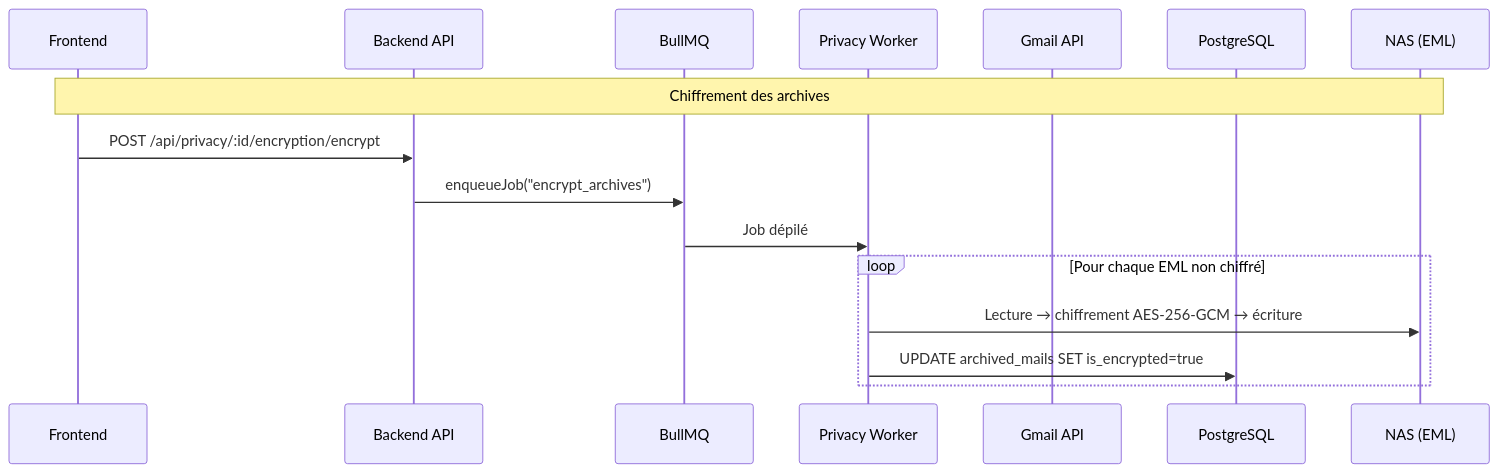
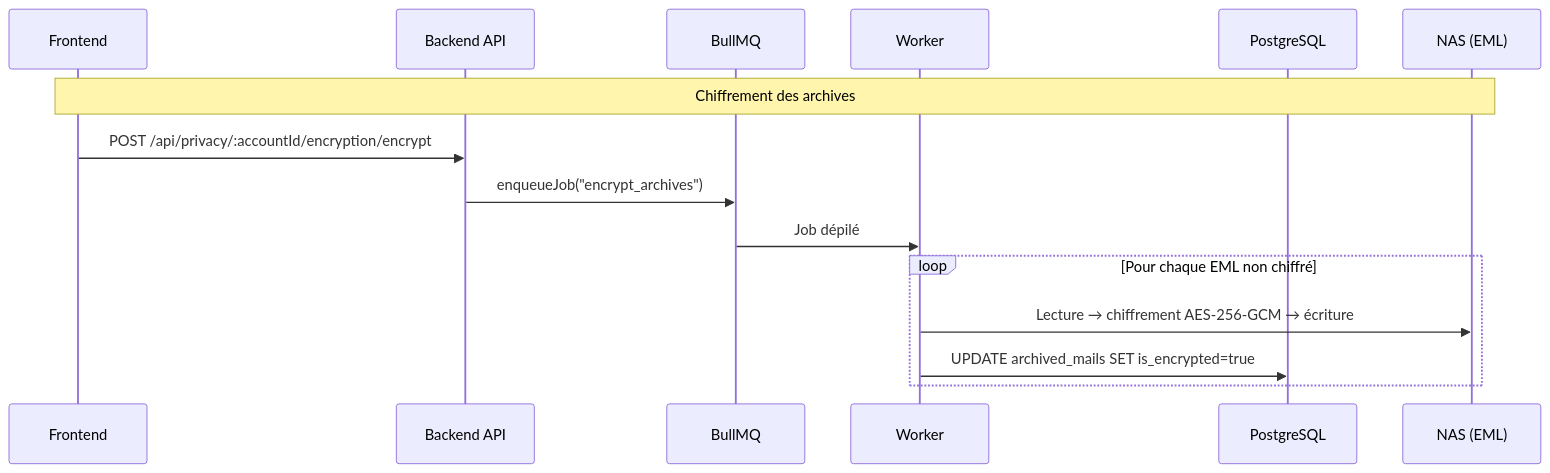
One commit to Le-Nid/nid changed the fourth of 4 diagrams in docs/fr/technical/overview.md. Above: the diagram before and after it, drawn with Mermaid. The commit also changed other lines of this file and 13 other files, not shown here.

First line of the commit message:
docs(technical): align architecture pages with the current code

````diff
--- a/docs/fr/technical/overview.md
+++ b/docs/fr/technical/overview.md
@@ -96,19 +103,18 @@
 ```mermaid
 sequenceDiagram
     participant UI as Frontend
     participant API as Backend API
     participant Queue as BullMQ
-    participant Worker as Privacy Worker
-    participant Gmail as Gmail API
+    participant Worker as Worker
     participant PG as PostgreSQL
     participant NAS as NAS (EML)
 
     Note over UI,NAS: Chiffrement des archives
-    UI->>API: POST /api/privacy/:id/encryption/encrypt
+    UI->>API: POST /api/privacy/:accountId/encryption/encrypt
     API->>Queue: enqueueJob("encrypt_archives")
     Queue->>Worker: Job dépilé
     loop Pour chaque EML non chiffré
         Worker->>NAS: Lecture → chiffrement AES-256-GCM → écriture
         Worker->>PG: UPDATE archived_mails SET is_encrypted=true
     end
 ```
````
